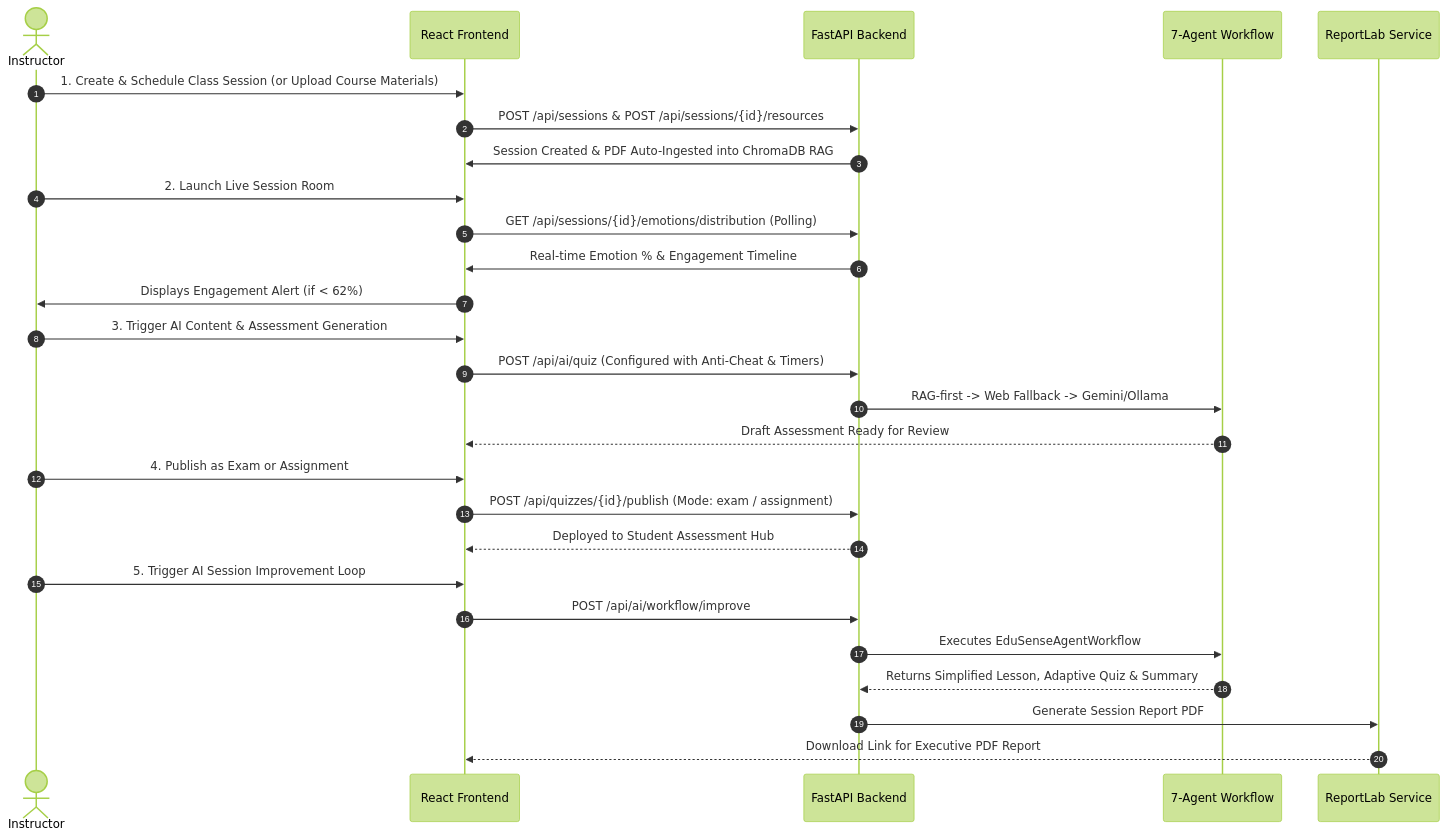
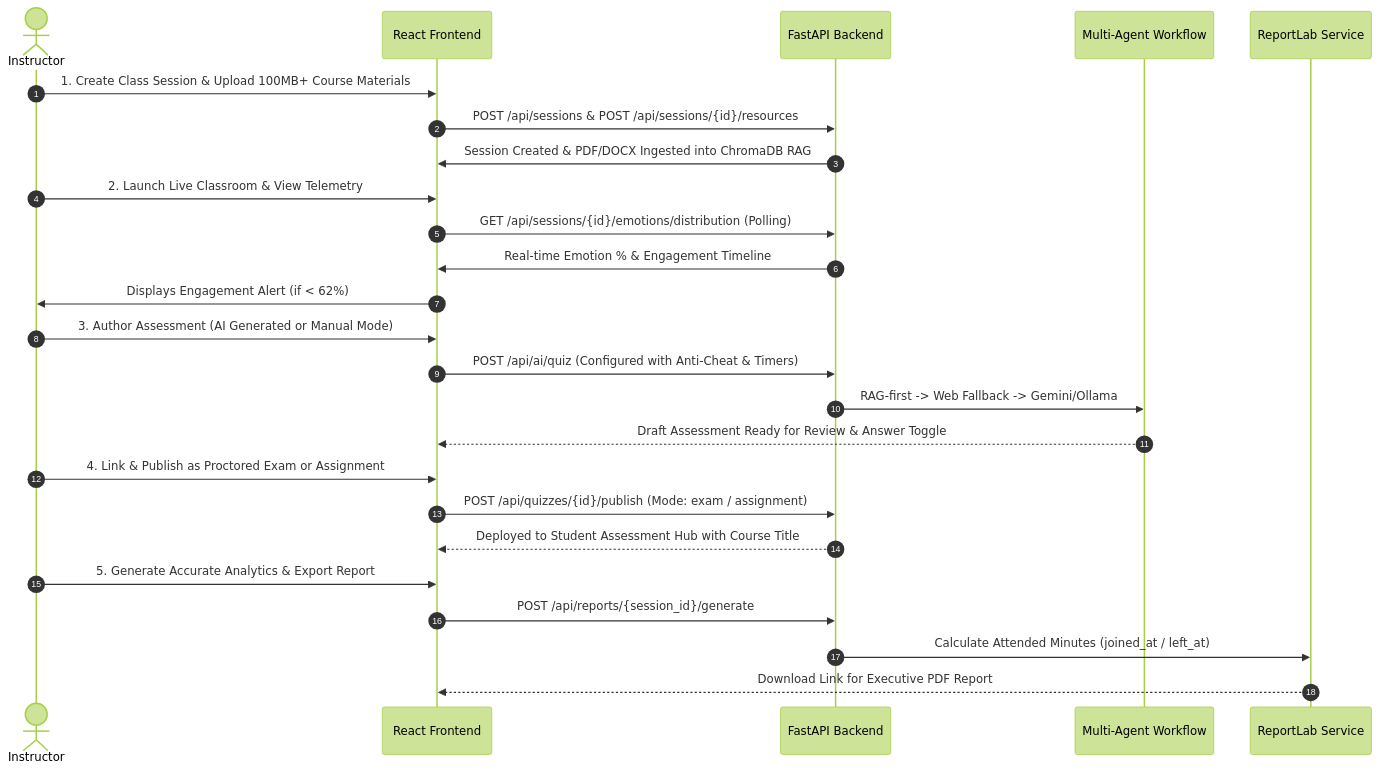
Before and after one commit to adel-noufal/Edusense: the first of 4 diagrams in README.md, drawn with Mermaid (forest theme). The commit also changed other lines of this file, not shown here.

Commit message:
docs(readme): comprehensive update for tasks 1-10, background architecture, and assessment hub

````diff
--- a/README.md
+++ b/README.md
@@ -52,30 +53,28 @@
 ```mermaid
 sequenceDiagram
   autonumber
   actor I as Instructor
   participant UI as React Frontend
   participant API as FastAPI Backend
-  participant WF as 7-Agent Workflow
+  participant WF as Multi-Agent Workflow
   participant PDF as ReportLab Service
 
-  I->>UI: 1. Create & Schedule Class Session (or Upload Course Materials)
+  I->>UI: 1. Create Class Session & Upload 100MB+ Course Materials
   UI->>API: POST /api/sessions & POST /api/sessions/{id}/resources
-  API->>UI: Session Created & PDF Auto-Ingested into ChromaDB RAG
-  I->>UI: 2. Launch Live Session Room
+  API->>UI: Session Created & PDF/DOCX Ingested into ChromaDB RAG
+  I->>UI: 2. Launch Live Classroom & View Telemetry
   UI->>API: GET /api/sessions/{id}/emotions/distribution (Polling)
   API->>UI: Real-time Emotion % & Engagement Timeline
   UI->>I: Displays Engagement Alert (if < 62%)
-  I->>UI: 3. Trigger AI Content & Assessment Generation
+  I->>UI: 3. Author Assessment (AI Generated or Manual Mode)
   UI->>API: POST /api/ai/quiz (Configured with Anti-Cheat & Timers)
   API->>WF: RAG-first -> Web Fallback -> Gemini/Ollama
-  WF-->>UI: Draft Assessment Ready for Review
-  I->>UI: 4. Publish as Exam or Assignment
+  WF-->>UI: Draft Assessment Ready for Review & Answer Toggle
+  I->>UI: 4. Link & Publish as Proctored Exam or Assignment
   UI->>API: POST /api/quizzes/{id}/publish (Mode: exam / assignment)
-  API-->>UI: Deployed to Student Assessment Hub
-  I->>UI: 5. Trigger AI Session Improvement Loop
-  UI->>API: POST /api/ai/workflow/improve
-  API->>WF: Executes EduSenseAgentWorkflow
-  WF-->>API: Returns Simplified Lesson, Adaptive Quiz & Summary
-  API->>PDF: Generate Session Report PDF
+  API-->>UI: Deployed to Student Assessment Hub with Course Title
+  I->>UI: 5. Generate Accurate Analytics & Export Report
+  UI->>API: POST /api/reports/{session_id}/generate
+  API->>PDF: Calculate Attended Minutes (joined_at / left_at)
   PDF-->>UI: Download Link for Executive PDF Report
 ```
````
